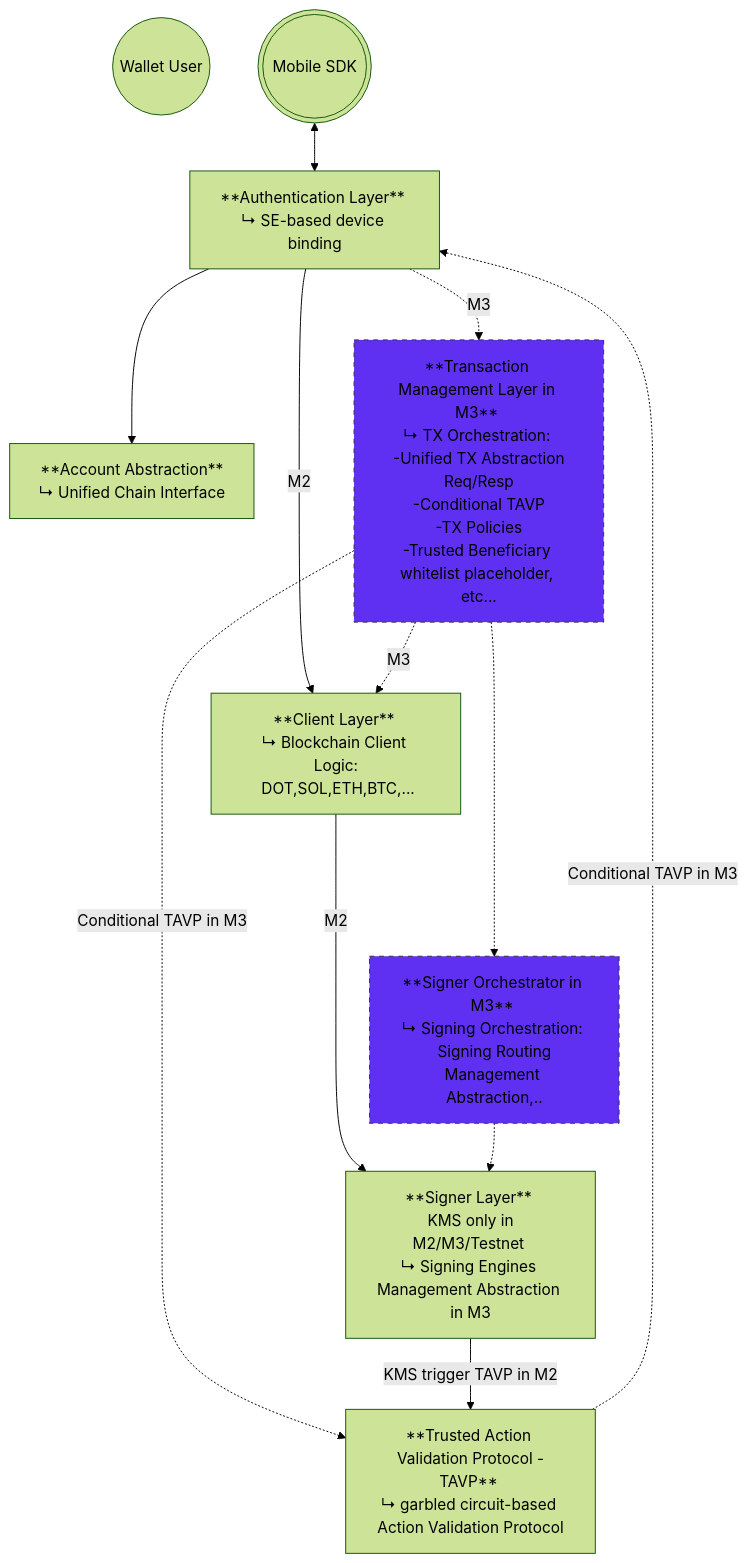
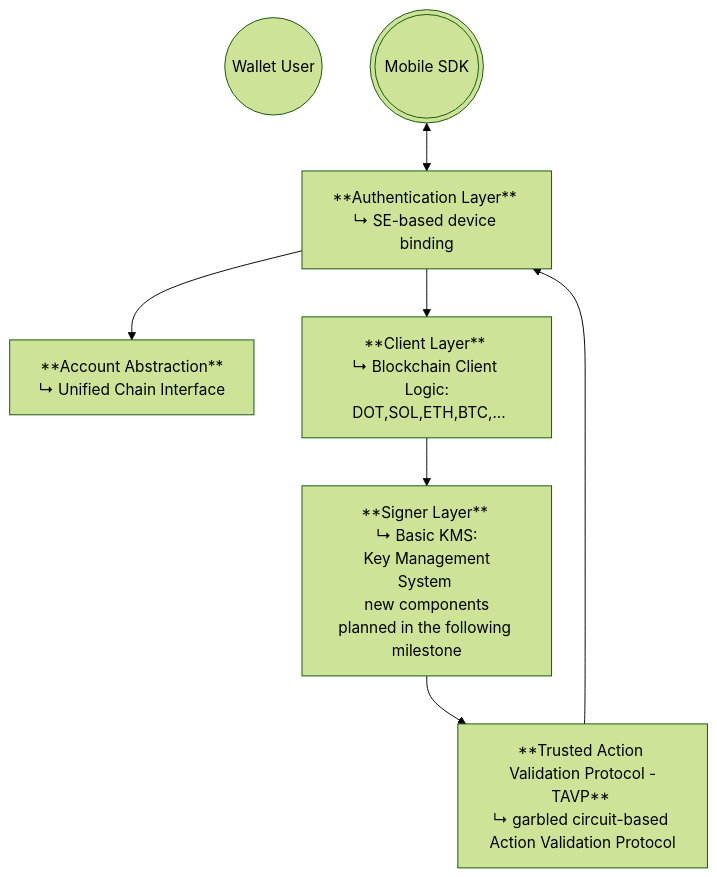
The diagram in developers/Milestones/M2/components_delivered/architecture.md (Interstellar-Network/interstellar-docs-tech), drawn with Mermaid (forest theme) before and after one commit. The commit also changed other lines of this file and 11 other files, not shown here.

````diff
--- a/developers/Milestones/M2/components_delivered/architecture.md
+++ b/developers/Milestones/M2/components_delivered/architecture.md
@@ -20,33 +20,18 @@
 ```mermaid
+
 graph TD
   u((Wallet User))
   m(((Mobile SDK)))
 
-   
   A[ **Authentication Layer** <br>↳ SE-based device binding]
+  AA[ **Account Abstraction** <br>↳ Unified Chain Interface ]
+  C[ **Client Layer** <br>↳ Blockchain Client Logic:<br> DOT,SOL,ETH,BTC,...]
+  S[ **Signer Layer** <br> ↳ Basic KMS: <br> Key Management System <br> new components planned in the following milestone]
   VC[ **Trusted Action Validation Protocol -TAVP** <br>↳ garbled circuit-based Action Validation Protocol]
-  AA[ **Account Abstraction** <br>↳ Unified Chain Interface ]
-  TX[ **Transaction Management Layer in M3** <br>↳ TX Orchestration: <br> -Unified TX Abstraction Req/Resp<br>-Conditional TAVP<br>-TX Policies<br>-Trusted Beneficiary whitelist placeholder, etc...]
-  S[ **Signer Layer** <br> KMS only in M2/M3/Testnet <br>↳ Signing Engines Management Abstraction in M3<br>]
-  C[ **Client Layer** <br>↳ Blockchain Client Logic:<br> DOT,SOL,ETH,BTC,...]
-  SO[ **Signer Orchestrator in M3** <br>↳ Signing Orchestration: <br> Signing Routing Management Abstraction,..]
- 
+
   m<-->A
-  A -->|M2|C 
-  VC -.Conditional TAVP in M3.-> A 
-  A-->AA
-  A-.M3.->TX
-  TX -.M3.-> C ---->|M2| S
-  TX -.Conditional TAVP in M3.-> VC
-  S-->|KMS trigger TAVP in M2 |VC
-  TX-.->SO-.->S
-
-
-  %% définition de la classe "dashed"
-    classDef dashed stroke-dasharray: 5 5,stroke:#333, fill:#6030f2;
-
-  %% application de la classe au nœud B
-    class TX dashed;
-    class SO dashed;
-  
+  A --> C --> S
+  VC --> A 
+  A --> AA
+  S --> VC
 ```
````
